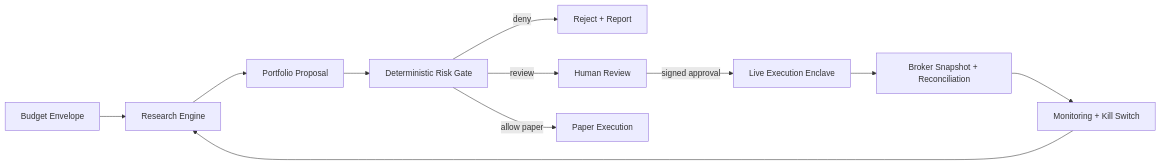
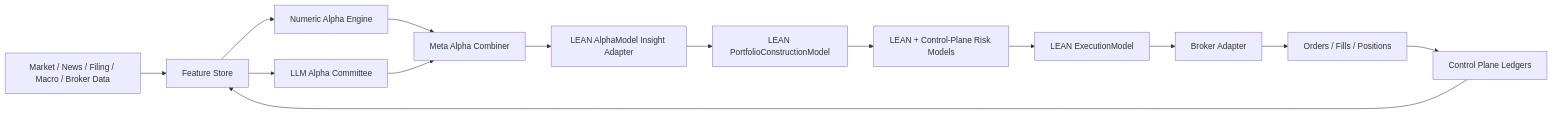
The diagram in SPEC.md (gigio1023/lincei-quant-research-engine), drawn with Mermaid before and after one commit. The commit also changed other lines of this file and 15 other files, not shown here.

````diff
--- a/SPEC.md
+++ b/SPEC.md
@@ -40,13 +51,16 @@
 ```mermaid
 flowchart LR
-    B["Budget Envelope"] --> R["Research Engine"]
-    R --> P["Portfolio Proposal"]
-    P --> G["Deterministic Risk Gate"]
-    G -->|deny| D["Reject + Report"]
-    G -->|review| H["Human Review"]
-    G -->|allow paper| PE["Paper Execution"]
-    H -->|signed approval| LE["Live Execution Enclave"]
-    LE --> S["Broker Snapshot + Reconciliation"]
-    S --> M["Monitoring + Kill Switch"]
-    M --> R
+    D["Market / News / Filing / Macro / Broker Data"] --> F["Feature Store"]
+    F --> N["Numeric Alpha Engine"]
+    F --> L["LLM Alpha Committee"]
+    N --> M["Meta Alpha Combiner"]
+    L --> M
+    M --> A["LEAN AlphaModel Insight Adapter"]
+    A --> P["LEAN PortfolioConstructionModel"]
+    P --> R["LEAN + Control-Plane Risk Models"]
+    R --> E["LEAN ExecutionModel"]
+    E --> B["Broker Adapter"]
+    B --> O["Orders / Fills / Positions"]
+    O --> C["Control Plane Ledgers"]
+    C --> F
 ```
````
